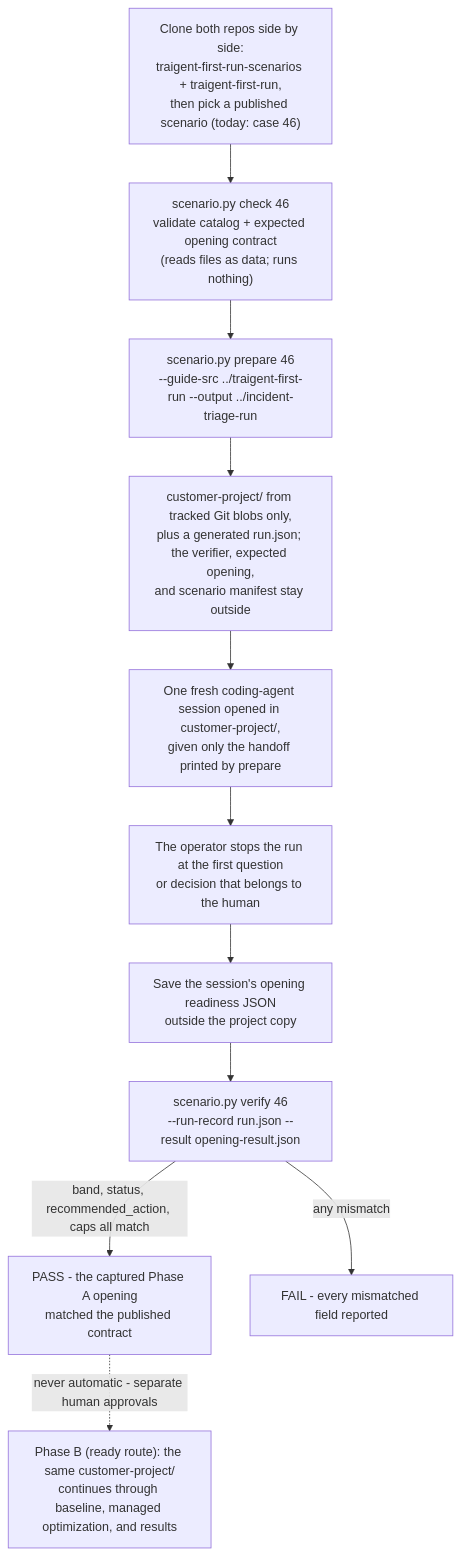
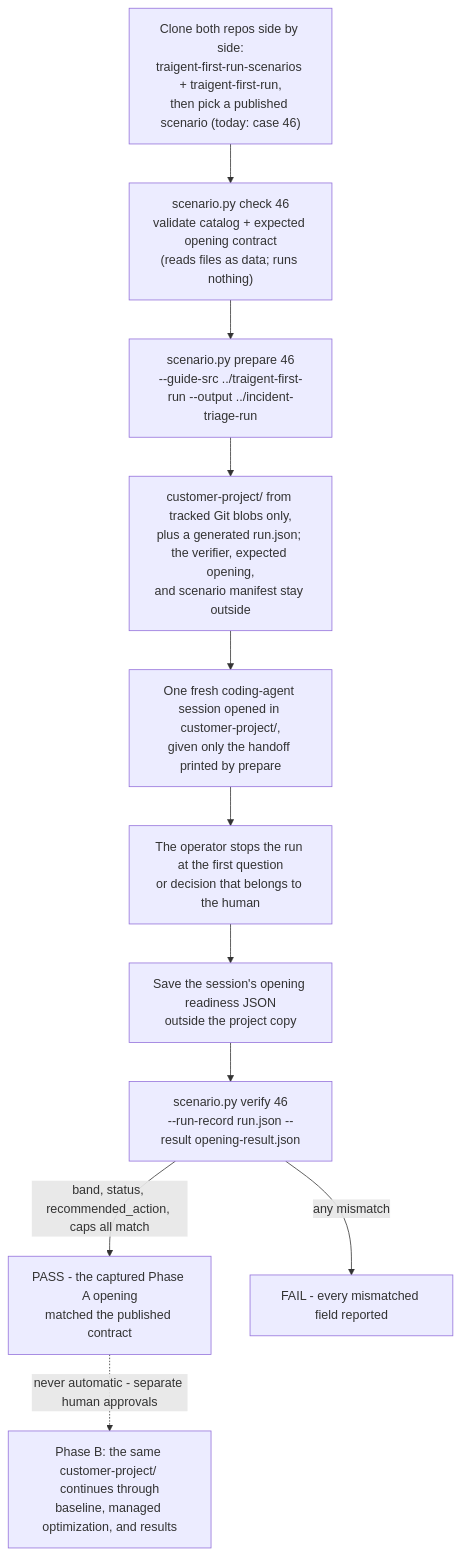
One commit to Traigent/traigent-first-run-scenarios changed the diagram in README.md. Above: the diagram before and after it, drawn with Mermaid. The commit also changed other lines of this file and 3 other files, not shown here.

````diff
--- a/README.md
+++ b/README.md
@@ -178,13 +218,13 @@
 ```mermaid
 flowchart TD
     A["Clone both repos side by side:<br/>traigent-first-run-scenarios + traigent-first-run,<br/>then pick a published scenario (today: case 46)"] --> B["scenario.py check 46<br/>validate catalog + expected opening contract<br/>(reads files as data; runs nothing)"]
     B --> C["scenario.py prepare 46<br/>--guide-src ../traigent-first-run --output ../incident-triage-run"]
     C --> D["customer-project/ from tracked Git blobs only,<br/>plus a generated run.json; the verifier, expected opening,<br/>and scenario manifest stay outside"]
     D --> E["One fresh coding-agent session opened in customer-project/,<br/>given only the handoff printed by prepare"]
     E --> F["The operator stops the run at the first question<br/>or decision that belongs to the human"]
     F --> G["Save the session's opening readiness JSON<br/>outside the project copy"]
     G --> H["scenario.py verify 46<br/>--run-record run.json --result opening-result.json"]
     H -->|"band, status, recommended_action, caps all match"| I["PASS - the captured Phase A opening<br/>matched the published contract"]
     H -->|"any mismatch"| J["FAIL - every mismatched field reported"]
-    I -.->|"never automatic - separate human approvals"| K["Phase B (ready route): the same customer-project/<br/>continues through baseline, managed optimization, and results"]
+    I -.->|"never automatic - separate human approvals"| K["Phase B: the same customer-project/ continues through<br/>baseline, managed optimization, and results"]
 ```
````
